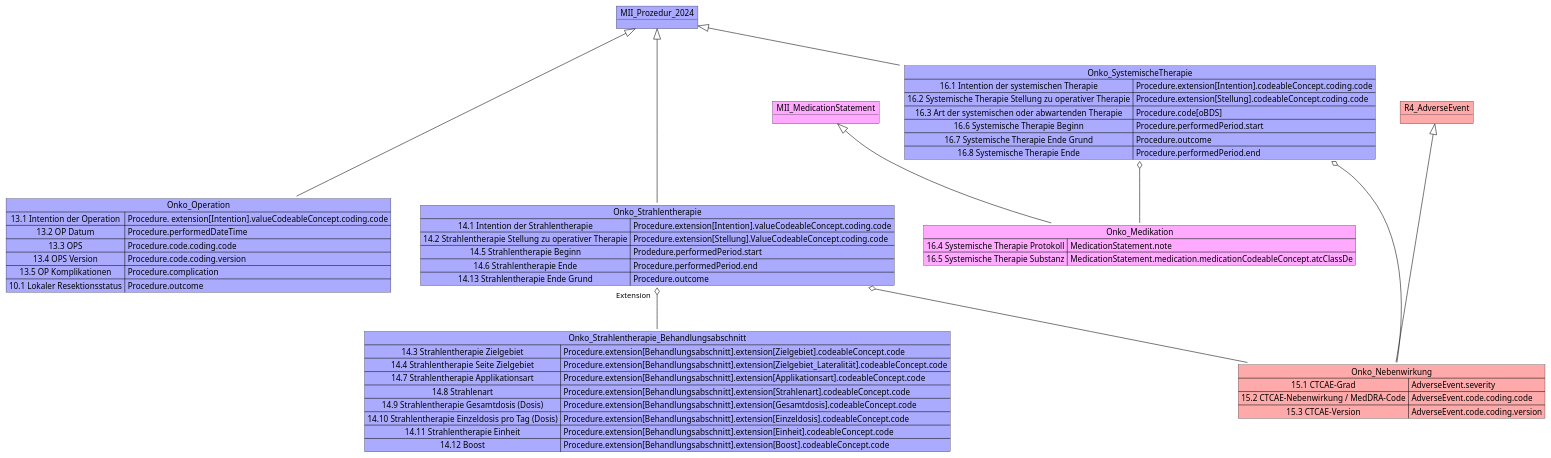
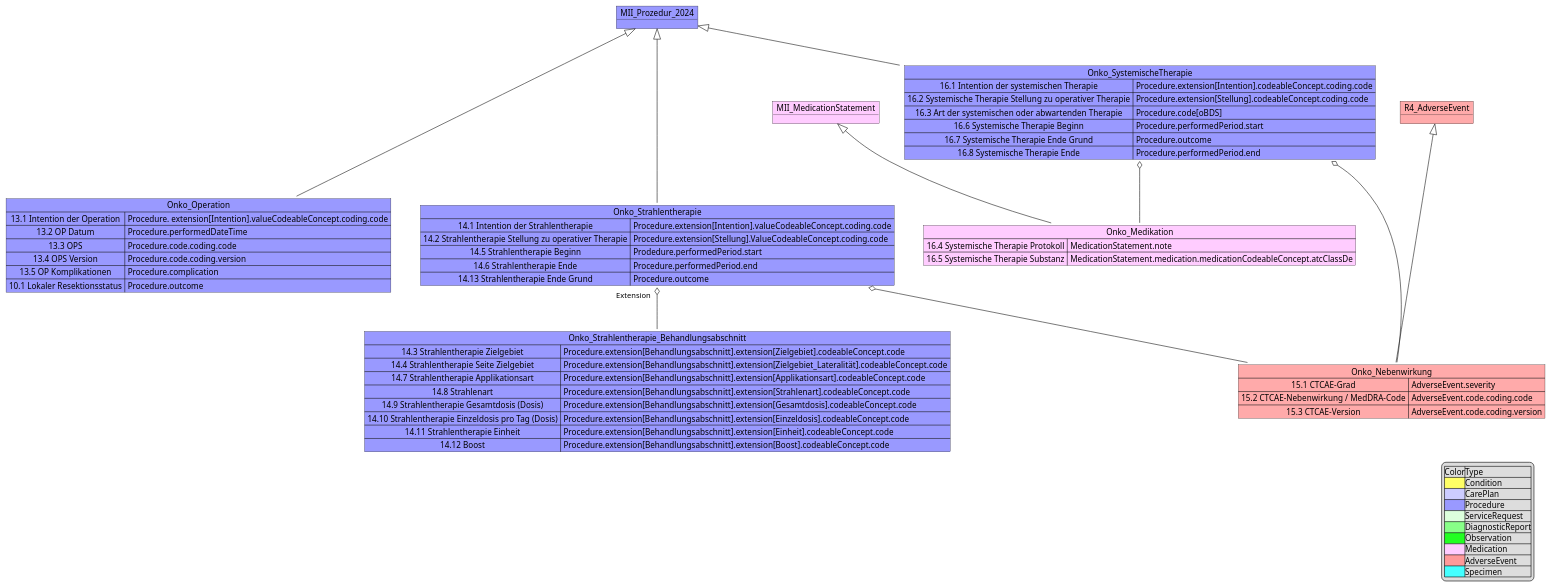
Before and after one commit to medizininformatik-initiative/kerndatensatzmodul-onkologie: the diagram in information_model/MII_Onko_13-16_Prozeduren.pu, drawn with PlantUML. The commit also changed 8 other files, not shown here.

```diff
--- a/information_model/MII_Onko_13-16_Prozeduren.pu
+++ b/information_model/MII_Onko_13-16_Prozeduren.pu
@@ -1,72 +1,84 @@
 @startuml MII KDS Erweiterungsmodul Onkologie
-object MII_Prozedur_2024 #AAAAFF
-Map Onko_Operation #AAAAFF{
+object MII_Prozedur_2024 #9999FF
+Map Onko_Operation #9999FF{
 13.1 Intention der Operation => Procedure. extension[Intention].valueCodeableConcept.coding.code
 13.2 OP Datum => Procedure.performedDateTime
 13.3 OPS => Procedure.code.coding.code 
 13.4 OPS Version => Procedure.code.coding.version
 13.5 OP Komplikationen => Procedure.complication
 10.1 Lokaler Resektionsstatus => Procedure.outcome
 }
-Map Onko_Strahlentherapie #AAAAFF{
+Map Onko_Strahlentherapie #9999FF{
 14.1 Intention der Strahlentherapie => Procedure.extension[Intention].valueCodeableConcept.coding.code
 14.2 Strahlentherapie Stellung zu operativer Therapie => Procedure.extension[Stellung].ValueCodeableConcept.coding.code
 
 14.5 Strahlentherapie Beginn => Prodedure.performedPeriod.start
 14.6 Strahlentherapie Ende =>Procedure.performedPeriod.end
 14.13 Strahlentherapie Ende Grund => Procedure.outcome
 }
 
-Map Onko_Strahlentherapie_Behandlungsabschnitt #AAAAFF{
+Map Onko_Strahlentherapie_Behandlungsabschnitt #9999FF{
 14.3 Strahlentherapie Zielgebiet => Procedure.extension[Behandlungsabschnitt].extension[Zielgebiet].codeableConcept.code
 14.4 Strahlentherapie Seite Zielgebiet => Procedure.extension[Behandlungsabschnitt].extension[Zielgebiet_Lateralität].codeableConcept.code
 14.7 Strahlentherapie Applikationsart => Procedure.extension[Behandlungsabschnitt].extension[Applikationsart].codeableConcept.code
 14.8 Strahlenart => Procedure.extension[Behandlungsabschnitt].extension[Strahlenart].codeableConcept.code
 14.9 Strahlentherapie Gesamtdosis (Dosis) => Procedure.extension[Behandlungsabschnitt].extension[Gesamtdosis].codeableConcept.code
 14.10 Strahlentherapie Einzeldosis pro Tag (Dosis) =>Procedure.extension[Behandlungsabschnitt].extension[Einzeldosis].codeableConcept.code
 14.11 Strahlentherapie Einheit =>Procedure.extension[Behandlungsabschnitt].extension[Einheit].codeableConcept.code
 14.12 Boost=>Procedure.extension[Behandlungsabschnitt].extension[Boost].codeableConcept.code
 }
 
 Onko_Strahlentherapie "Extension   " o-- Onko_Strahlentherapie_Behandlungsabschnitt
 
-Map Onko_SystemischeTherapie #AAAAFF{
+Map Onko_SystemischeTherapie #9999FF{
 16.1 Intention der systemischen Therapie => Procedure.extension[Intention].codeableConcept.coding.code
 16.2 Systemische Therapie Stellung zu operativer Therapie => Procedure.extension[Stellung].codeableConcept.coding.code
 16.3 Art der systemischen oder abwartenden Therapie => Procedure.code[oBDS]
 16.6 Systemische Therapie Beginn => Procedure.performedPeriod.start
 
 16.7 Systemische Therapie Ende Grund => Procedure.outcome 
 
 16.8 Systemische Therapie Ende => Procedure.performedPeriod.end
 }
 
-Map Onko_Medikation #FFAAFF{
+Map Onko_Medikation #FFCCFF{
 
 16.4 Systemische Therapie Protokoll => MedicationStatement.note
 
 16.5 Systemische Therapie Substanz => MedicationStatement.medication.medicationCodeableConcept.atcClassDe
 
 }
-object MII_MedicationStatement #FFAAFF
+object MII_MedicationStatement #FFCCFF
 MII_MedicationStatement <|-- Onko_Medikation
 Onko_SystemischeTherapie o-- Onko_Medikation
 
 MII_Prozedur_2024 <|--- Onko_Operation
 MII_Prozedur_2024 <|--- Onko_Strahlentherapie
 MII_Prozedur_2024 <|-- Onko_SystemischeTherapie
 
 object R4_AdverseEvent #FFAAAA
 
 Map Onko_Nebenwirkung #FFAAAA{
     15.1 CTCAE-Grad => AdverseEvent.severity
     15.2 CTCAE-Nebenwirkung / MedDRA-Code => AdverseEvent.code.coding.code 
     15.3 CTCAE-Version => AdverseEvent.code.coding.version
 }
 R4_AdverseEvent <|--- Onko_Nebenwirkung
 
 
 Onko_Strahlentherapie o-- Onko_Nebenwirkung
 Onko_SystemischeTherapie o-- Onko_Nebenwirkung
 
+legend right 
+|Color|Type|
+|<#FFFF66>|Condition|
+|<#CCCCFF>|CarePlan|
+|<#9999FF>|Procedure|
+|<#DDFFDD>|ServiceRequest|
+|<#88FF88>|DiagnosticReport|
+|<#22FF22>|Observation|
+|<#FFCCFF>|Medication|
+|<#FF9999>|AdverseEvent|
+|<#44FFFF>|Specimen|
+endlegend
 @enduml
```
